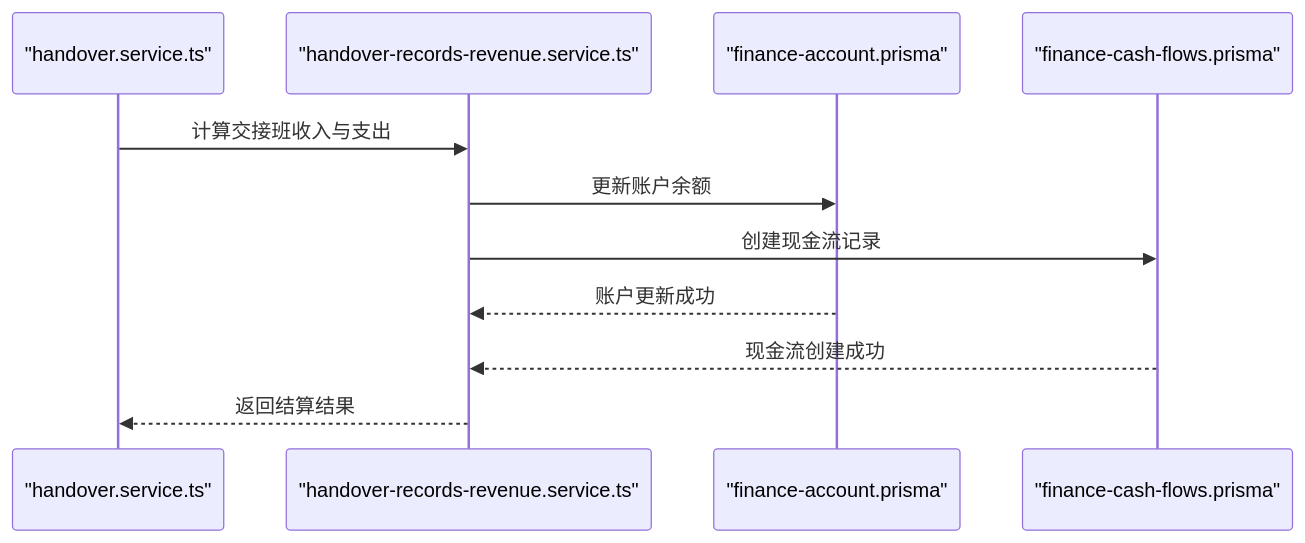
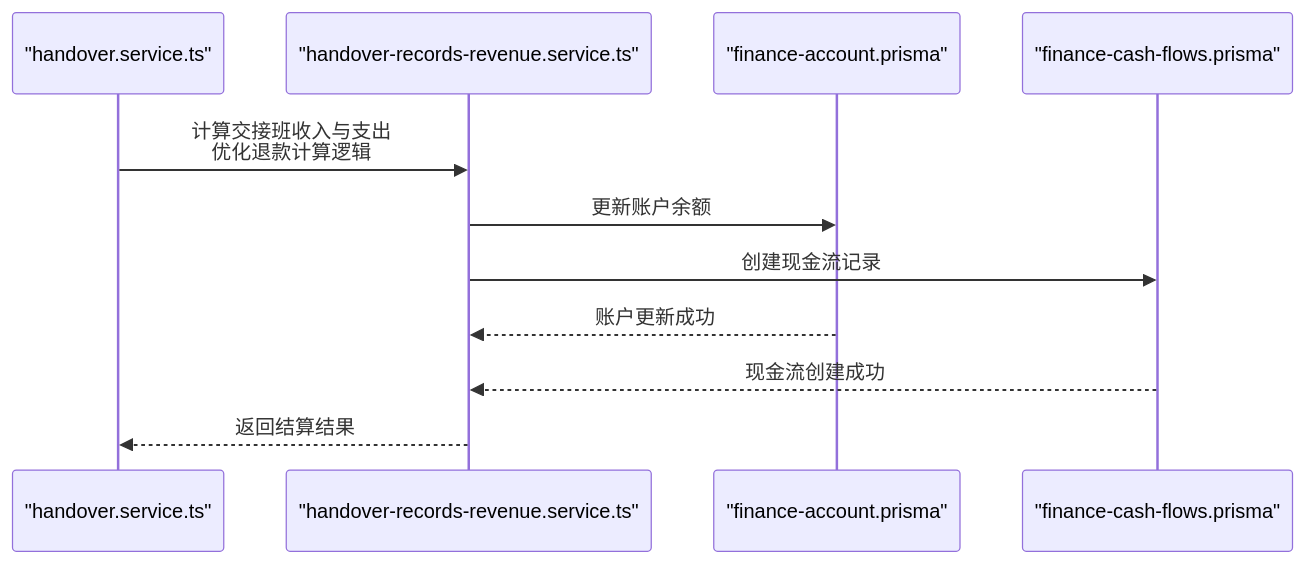
One commit to rc558620/purelyprofit-server changed the eighth of 16 diagrams in .qoder/repowiki/zh/content/业务模块/运营管理模块/交接班管理.md. Above: the diagram before and after it, drawn with Mermaid. The commit also changed other lines of this file and 19 other files, not shown here.

````diff
--- a/.qoder/repowiki/zh/content/业务模块/运营管理模块/交接班管理.md
+++ b/.qoder/repowiki/zh/content/业务模块/运营管理模块/交接班管理.md
@@ -334,13 +388,13 @@
 ```mermaid
 sequenceDiagram
 participant S as "handover.service.ts"
 participant RR as "handover-records-revenue.service.ts"
 participant FA as "finance-account.prisma"
 participant FC as "finance-cash-flows.prisma"
-S->>RR : 计算交接班收入与支出
+S->>RR : 计算交接班收入与支出<br/>优化退款计算逻辑
 RR->>FA : 更新账户余额
 RR->>FC : 创建现金流记录
 FA-->>RR : 账户更新成功
 FC-->>RR : 现金流创建成功
 RR-->>S : 返回结算结果
 ```
````
